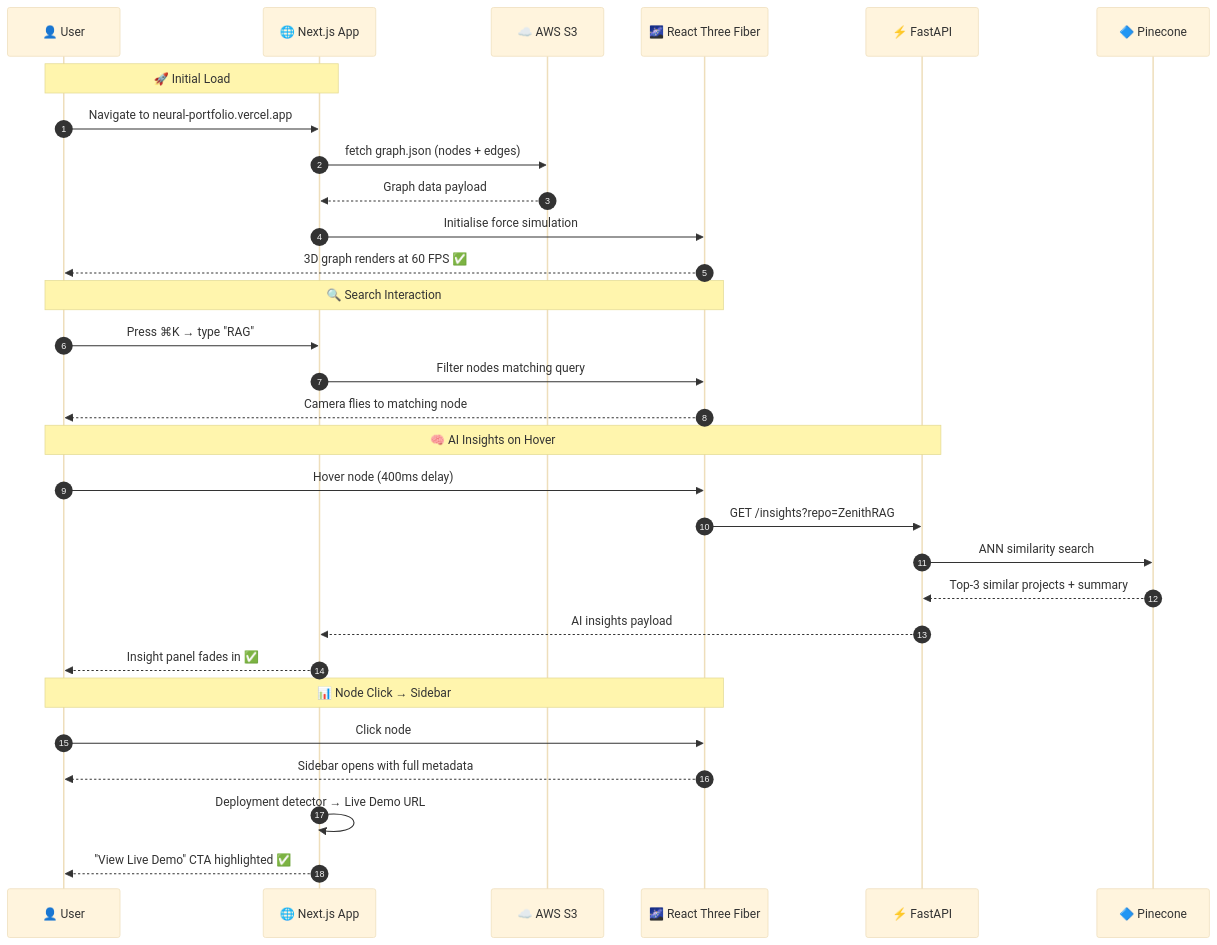
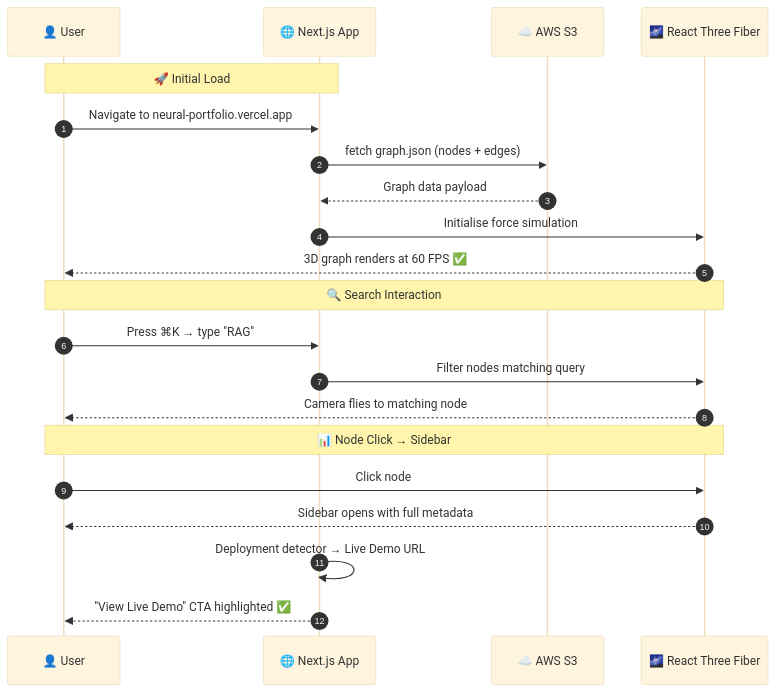
One commit to salonyranjan/neural-portfolio changed the third of 3 diagrams in README.md. Above: the diagram before and after it, drawn with Mermaid (base theme). The commit also changed other lines of this file, not shown here.

First line of the commit message:
Remove Pinecone AI insights and related content

````diff
--- a/README.md
+++ b/README.md
@@ -299,36 +277,26 @@
 ```mermaid
 sequenceDiagram
     autonumber
     participant U  as 👤 User
     participant FE as 🌐 Next.js App
     participant S3 as ☁️ AWS S3
     participant R3F as 🌌 React Three Fiber
-    participant API as ⚡ FastAPI
-    participant PC as 🔷 Pinecone
 
     Note over U,FE: 🚀 Initial Load
     U->>FE: Navigate to neural-portfolio.vercel.app
     FE->>S3: fetch graph.json (nodes + edges)
     S3-->>FE: Graph data payload
     FE->>R3F: Initialise force simulation
     R3F-->>U: 3D graph renders at 60 FPS ✅
 
     Note over U,R3F: 🔍 Search Interaction
     U->>FE: Press ⌘K → type "RAG"
     FE->>R3F: Filter nodes matching query
     R3F-->>U: Camera flies to matching node
 
-    Note over U,API: 🧠 AI Insights on Hover
-    U->>R3F: Hover node (400ms delay)
-    R3F->>API: GET /insights?repo=ZenithRAG
-    API->>PC: ANN similarity search
-    PC-->>API: Top-3 similar projects + summary
-    API-->>FE: AI insights payload
-    FE-->>U: Insight panel fades in ✅
-
     Note over U,R3F: 📊 Node Click → Sidebar
     U->>R3F: Click node
     R3F-->>U: Sidebar opens with full metadata
     FE->>FE: Deployment detector → Live Demo URL
     FE-->>U: "View Live Demo" CTA highlighted ✅
 ```
````
